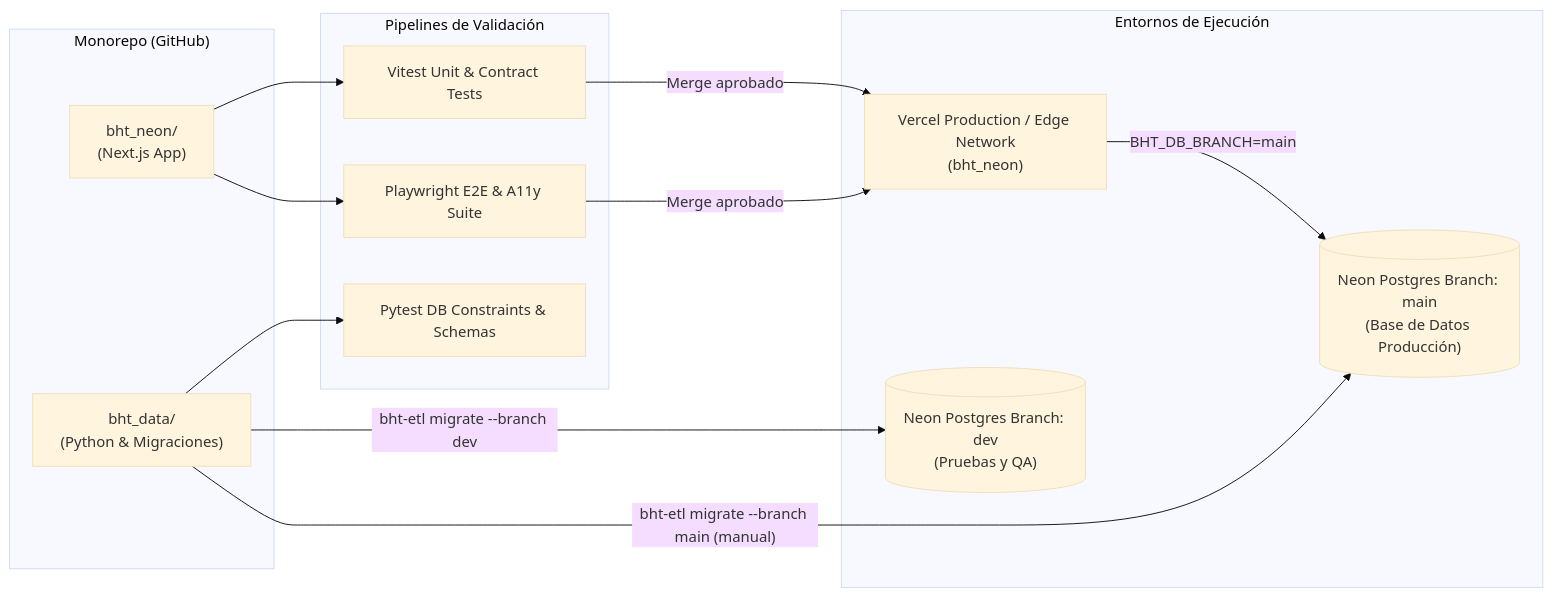
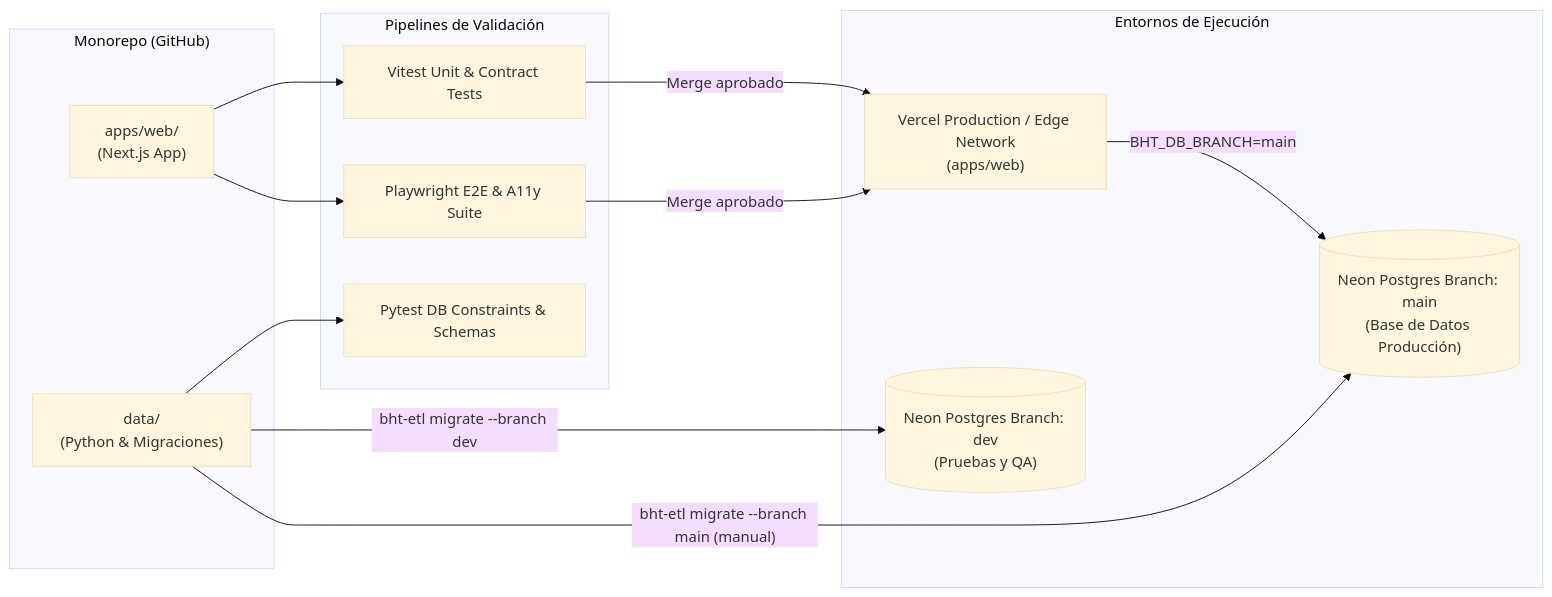
The sixth of 6 diagrams in docs/ARCHITECTURE.md (rkrivero/bht-erp), drawn with Mermaid (base theme) before and after one commit. The commit also changed other lines of this file and 12 other files, not shown here.

Commit message:
chore: fix web formatting, data CI contracts, gitignore, and monorepo docs

````diff
--- a/docs/ARCHITECTURE.md
+++ b/docs/ARCHITECTURE.md
@@ -435,28 +435,28 @@
 ```mermaid
 flowchart LR
     subgraph Repositorio["Monorepo (GitHub)"]
-        SrcNeon["bht_neon/<br/>(Next.js App)"]
-        SrcData["bht_data/<br/>(Python & Migraciones)"]
+        SrcNeon["apps/web/<br/>(Next.js App)"]
+        SrcData["data/<br/>(Python & Migraciones)"]
     end
 
     subgraph CI_CD["Pipelines de Validación"]
         VRun["Vitest Unit & Contract Tests"]
         PRun["Playwright E2E & A11y Suite"]
         QRun["Pytest DB Constraints & Schemas"]
     end
 
     subgraph Hosting["Entornos de Ejecución"]
-        VercelProd["Vercel Production / Edge Network<br/>(bht_neon)"]
+        VercelProd["Vercel Production / Edge Network<br/>(apps/web)"]
         NeonDev[("Neon Postgres Branch: dev<br/>(Pruebas y QA)")]
         NeonMain[("Neon Postgres Branch: main<br/>(Base de Datos Producción)")]
     end
 
     SrcNeon --> VRun
     SrcNeon --> PRun
     SrcData --> QRun
 
     VRun & PRun -->|"Merge aprobado"| VercelProd
     VercelProd -->|"BHT_DB_BRANCH=main"| NeonMain
     SrcData -->|"bht-etl migrate --branch dev"| NeonDev
     SrcData -->|"bht-etl migrate --branch main (manual)"| NeonMain
 ```
````
